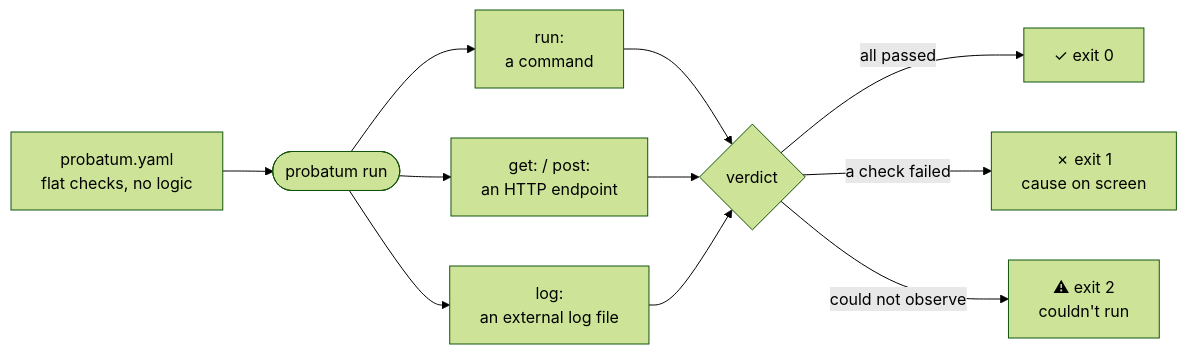
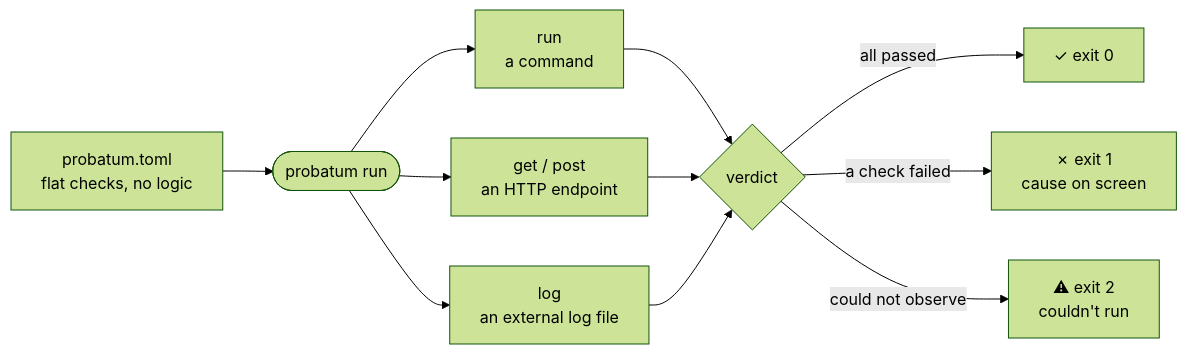
The first of 2 diagrams in README.md (probatum-org/probatum), drawn with Mermaid (forest theme) before and after one commit. The commit also changed other lines of this file and 26 other files, not shown here.

First line of the commit message:
Config format: YAML -> TOML (0.3.0, breaking)

````diff
--- a/README.md
+++ b/README.md
@@ -17,13 +17,13 @@
 ```mermaid
 flowchart LR
-    Y["probatum.yaml<br/>flat checks, no logic"] --> P(["probatum run"])
-    P --> R["run:<br/>a command"]
-    P --> G["get: / post:<br/>an HTTP endpoint"]
-    P --> L["log:<br/>an external log file"]
+    Y["probatum.toml<br/>flat checks, no logic"] --> P(["probatum run"])
+    P --> R["run<br/>a command"]
+    P --> G["get / post<br/>an HTTP endpoint"]
+    P --> L["log<br/>an external log file"]
     R --> V{"verdict"}
     G --> V
     L --> V
     V -- all passed --> OK["✓ exit 0"]
     V -- a check failed --> KO["✗ exit 1<br/>cause on screen"]
     V -- could not observe --> NR["⚠ exit 2<br/>couldn't run"]
 ```
````
